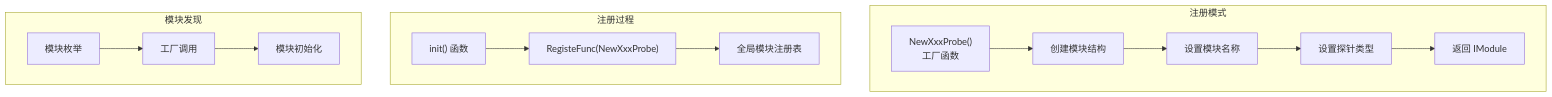
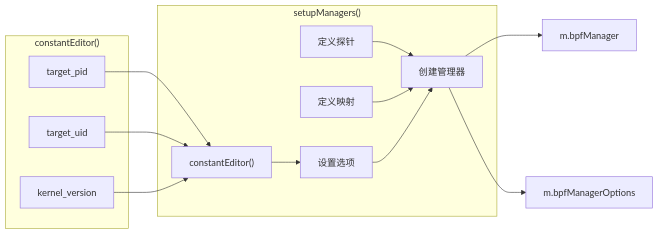
One commit to gojue/ecapture.cc changed the fourth of 4 diagrams in src/zh/5-development-guide/5.3-adding-new-modules.md. Above: the diagram before and after it, drawn with Mermaid. The commit also changed other lines of this file and 115 other files, not shown here.

````diff
--- a/src/zh/5-development-guide/5.3-adding-new-modules.md
+++ b/src/zh/5-development-guide/5.3-adding-new-modules.md
@@ -236,33 +536,18 @@
 ```mermaid
-graph TD
-    subgraph "注册模式"
-        Factory["NewXxxProbe()<br/>工厂函数"]
-        ModStruct["创建模块结构"]
-        SetName["设置模块名称"]
-        SetType["设置探针类型"]
-        Return["返回 IModule"]
+graph LR
+    subgraph "setupManagers()"
+        A["定义探针"] --> B["创建管理器"]
+        C["定义映射"] --> B
+        D["设置选项"] --> B
+        E["constantEditor()"] --> D
     end
     
-    subgraph "注册过程"
-        InitFunc["init() 函数"]
-        CallRegister["RegisteFunc(NewXxxProbe)"]
-        ModuleMap["全局模块注册表"]
+    B --> F["m.bpfManager"]
+    B --> G["m.bpfManagerOptions"]
+    
+    subgraph "constantEditor()"
+        H["target_pid"] --> E
+        I["target_uid"] --> E
+        J["kernel_version"] --> E
     end
-    
-    subgraph "模块发现"
-        GetModules["模块枚举"]
-        CreateInstance["工厂调用"]
-        ModuleInit["模块初始化"]
-    end
-    
-    Factory --> ModStruct
-    ModStruct --> SetName
-    SetName --> SetType
-    SetType --> Return
-    
-    InitFunc --> CallRegister
-    CallRegister --> ModuleMap
-    
-    GetModules --> CreateInstance
-    CreateInstance --> ModuleInit
 ```
````
